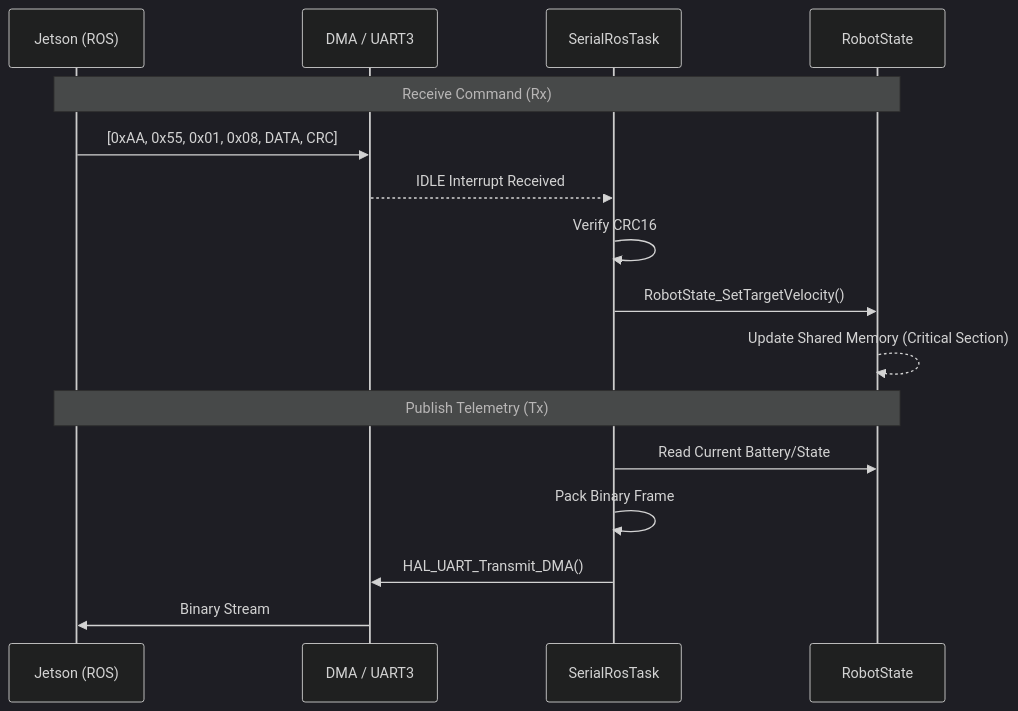
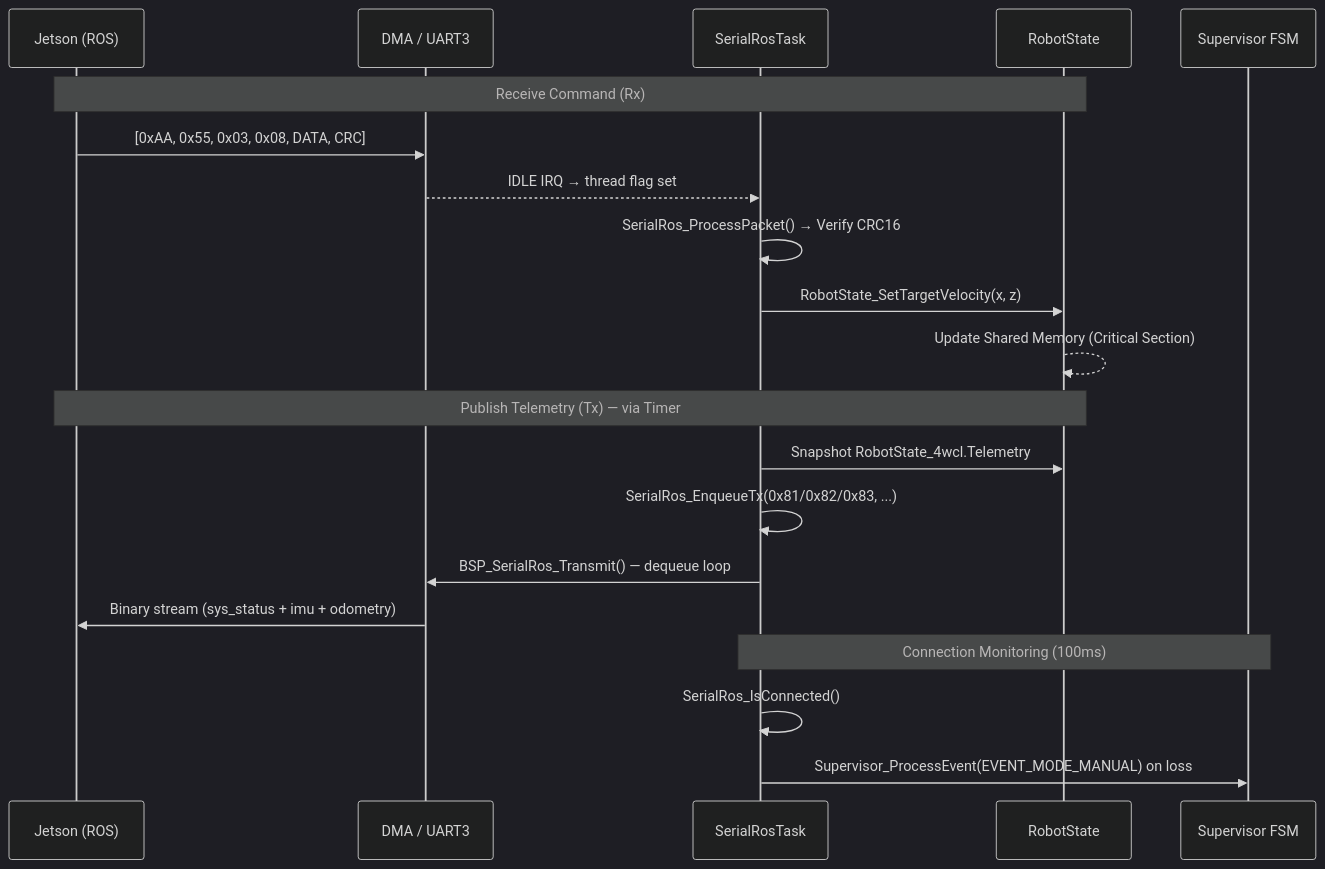
The diagram in docs/serial_ros.md (ipobletev/sme-stm32f407-4wcl), drawn with Mermaid (dark theme) before and after one commit. The commit also changed other lines of this file and 5 other files, not shown here.

````diff
--- a/docs/serial_ros.md
+++ b/docs/serial_ros.md
@@ -37,20 +115,25 @@
 ```mermaid
 sequenceDiagram
     participant J as Jetson (ROS)
     participant D as DMA / UART3
     participant T as SerialRosTask
     participant S as RobotState
+    participant Sup as Supervisor FSM
 
     Note over J, S: Receive Command (Rx)
-    J->>D: [0xAA, 0x55, 0x01, 0x08, DATA, CRC]
-    D-->>T: IDLE Interrupt Received
-    T->>T: Verify CRC16
-    T->>S: RobotState_SetTargetVelocity()
+    J->>D: [0xAA, 0x55, 0x03, 0x08, DATA, CRC]
+    D-->>T: IDLE IRQ → thread flag set
+    T->>T: SerialRos_ProcessPacket() → Verify CRC16
+    T->>S: RobotState_SetTargetVelocity(x, z)
     S-->>S: Update Shared Memory (Critical Section)
 
-    Note over J, S: Publish Telemetry (Tx)
-    T->>S: Read Current Battery/State
-    T->>T: Pack Binary Frame
-    T->>D: HAL_UART_Transmit_DMA()
-    D->>J: Binary Stream
+    Note over J, S: Publish Telemetry (Tx) — via Timer
+    T->>S: Snapshot RobotState_4wcl.Telemetry
+    T->>T: SerialRos_EnqueueTx(0x81/0x82/0x83, ...)
+    T->>D: BSP_SerialRos_Transmit() — dequeue loop
+    D->>J: Binary stream (sys_status + imu + odometry)
+
+    Note over T, Sup: Connection Monitoring (100ms)
+    T->>T: SerialRos_IsConnected()
+    T->>Sup: Supervisor_ProcessEvent(EVENT_MODE_MANUAL) on loss
 ```
````
